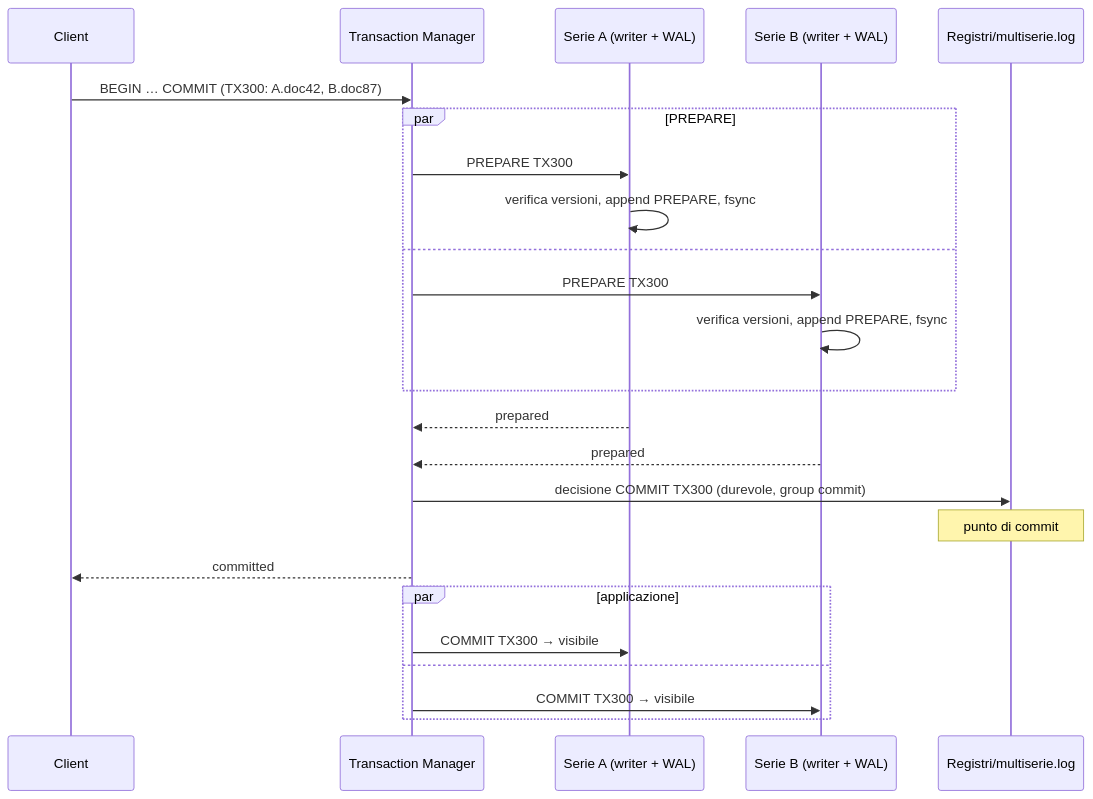
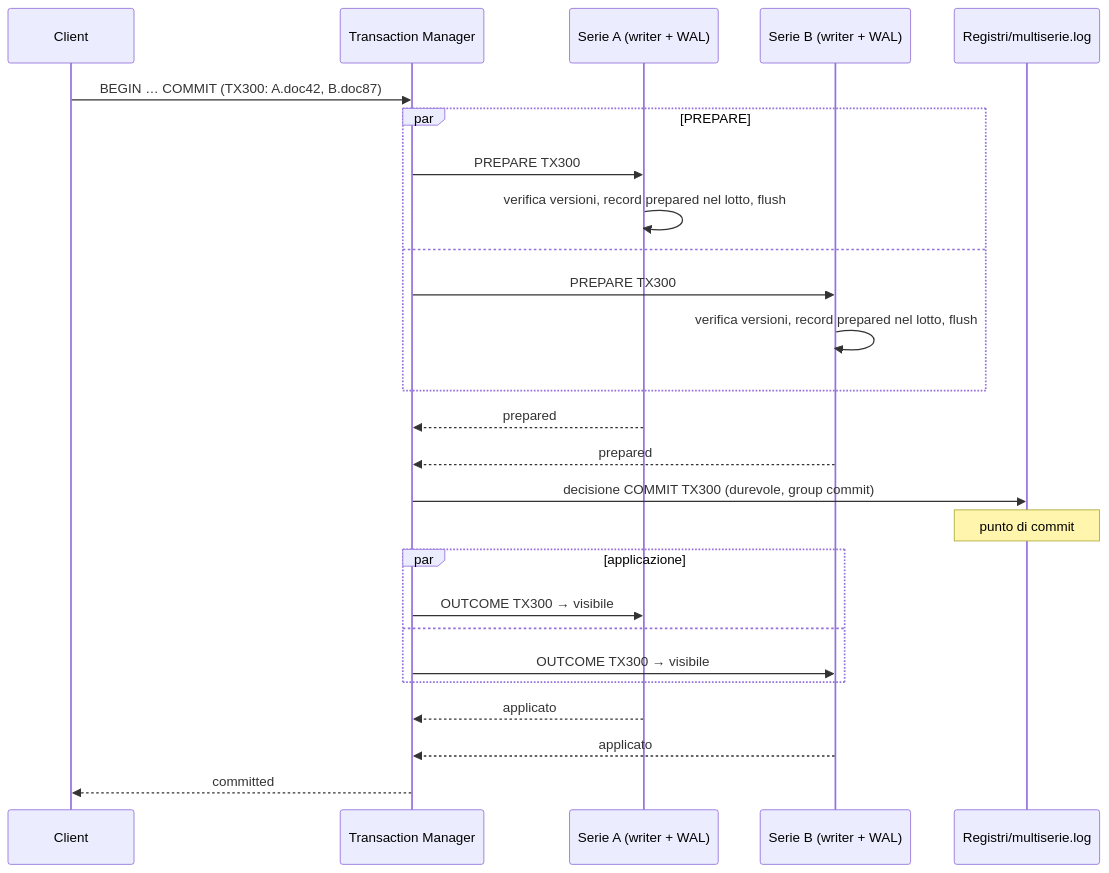
Before and after one commit to gpicchiarelli/ArcDocDB: the diagram in docs/05-transazioni.md, drawn with Mermaid. The commit also changed other lines of this file and 64 other files, not shown here.

````diff
--- a/docs/05-transazioni.md
+++ b/docs/05-transazioni.md
@@ -61,27 +69,29 @@
 ```mermaid
 sequenceDiagram
     participant C as Client
     participant TM as Transaction Manager
     participant A as Serie A (writer + WAL)
     participant B as Serie B (writer + WAL)
     participant L as Registri/multiserie.log
 
     C->>TM: BEGIN … COMMIT (TX300: A.doc42, B.doc87)
     par PREPARE
         TM->>A: PREPARE TX300
-        A->>A: verifica versioni, append PREPARE, fsync
+        A->>A: verifica versioni, record prepared nel lotto, flush
     and
         TM->>B: PREPARE TX300
-        B->>B: verifica versioni, append PREPARE, fsync
+        B->>B: verifica versioni, record prepared nel lotto, flush
     end
     A-->>TM: prepared
     B-->>TM: prepared
     TM->>L: decisione COMMIT TX300 (durevole, group commit)
     Note over L: punto di commit
+    par applicazione
+        TM->>A: OUTCOME TX300 → visibile
+    and
+        TM->>B: OUTCOME TX300 → visibile
+    end
+    A-->>TM: applicato
+    B-->>TM: applicato
     TM-->>C: committed
-    par applicazione
-        TM->>A: COMMIT TX300 → visibile
-    and
-        TM->>B: COMMIT TX300 → visibile
-    end
 ```
````
